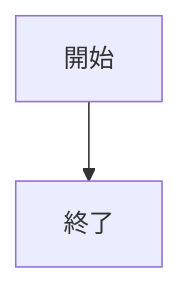
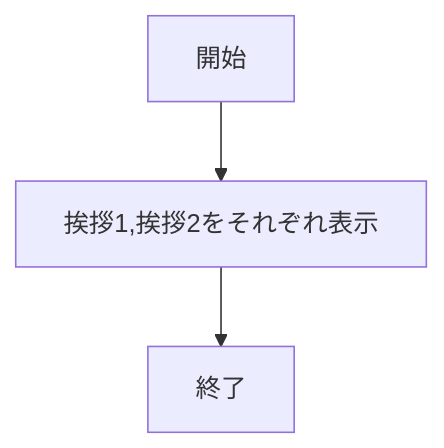
The second of 7 diagrams in README.md (naaann9/webpro_06), drawn with Mermaid before and after one commit. The commit also changed other lines of this file and 4 other files, not shown here.

````diff
--- a/README.md
+++ b/README.md
@@ -22,4 +55,10 @@
 ```mermaid
 flowchart TD;
-開始 --> 終了;
+
+start["開始"]
+one["挨拶1,挨拶2をそれぞれ表示"]
+end1["終了"]
+
+start --> one
+one --> end1
 ```
````
